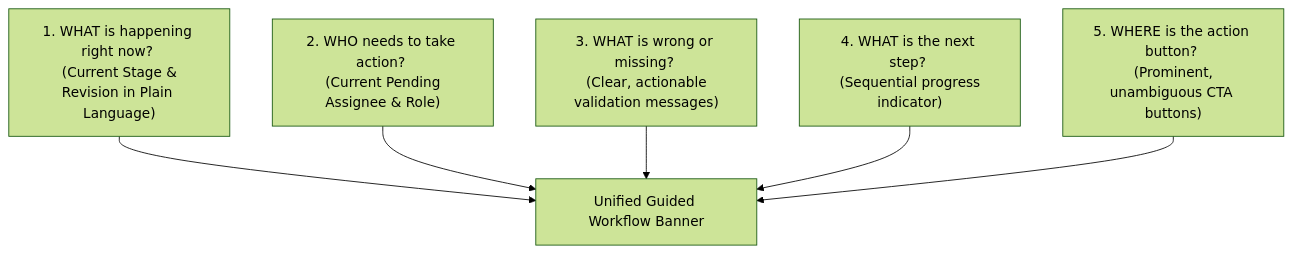
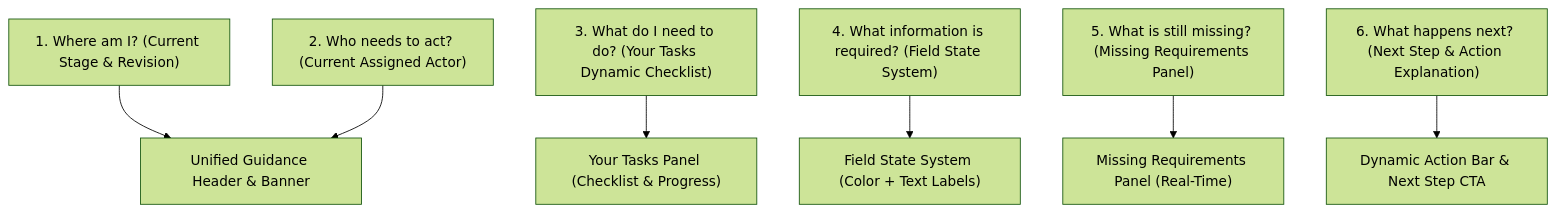
Before and after one commit to rebootob/MBO2026: the diagram in project-docs/architecture-redesign/GUIDED_WORKFLOW_UX_ARCHITECTURE.md, drawn with Mermaid (forest theme). The commit also changed other lines of this file and 6 other files, not shown here.

Commit message:
docs: finalize guided workflow ux governance architecture and test matrix

````diff
--- a/project-docs/architecture-redesign/GUIDED_WORKFLOW_UX_ARCHITECTURE.md
+++ b/project-docs/architecture-redesign/GUIDED_WORKFLOW_UX_ARCHITECTURE.md
@@ -14,14 +14,9 @@
 ```mermaid
 graph TD
-    U1["1. WHAT is happening right now? <br/> (Current Stage & Revision in Plain Language)"]
-    U2["2. WHO needs to take action? <br/> (Current Pending Assignee & Role)"]
-    U3["3. WHAT is wrong or missing? <br/> (Clear, actionable validation messages)"]
-    U4["4. WHAT is the next step? <br/> (Sequential progress indicator)"]
-    U5["5. WHERE is the action button? <br/> (Prominent, unambiguous CTA buttons)"]
-
-    U1 --> CORE_UI["Unified Guided Workflow Banner"]
-    U2 --> CORE_UI
-    U3 --> CORE_UI
-    U4 --> CORE_UI
-    U5 --> CORE_UI
+    Q1["1. Where am I? (Current Stage & Revision)"] --> BANNER["Unified Guidance Header & Banner"]
+    Q2["2. Who needs to act? (Current Assigned Actor)"] --> BANNER
+    Q3["3. What do I need to do? (Your Tasks Dynamic Checklist)"] --> TASKS["Your Tasks Panel (Checklist & Progress)"]
+    Q4["4. What information is required? (Field State System)"] --> FIELDS["Field State System (Color + Text Labels)"]
+    Q5["5. What is still missing? (Missing Requirements Panel)"] --> MISSING["Missing Requirements Panel (Real-Time)"]
+    Q6["6. What happens next? (Next Step & Action Explanation)"] --> ACTION["Dynamic Action Bar & Next Step CTA"]
 ```
````
